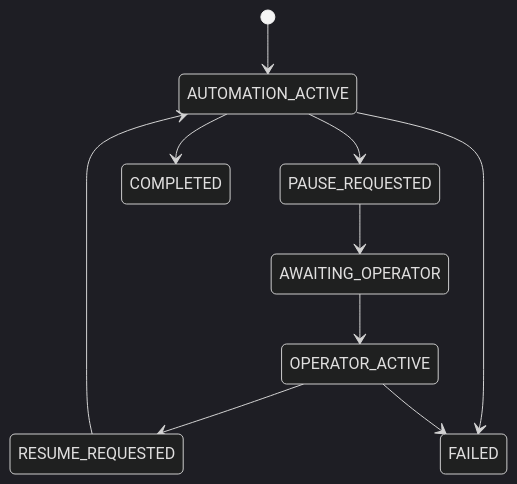
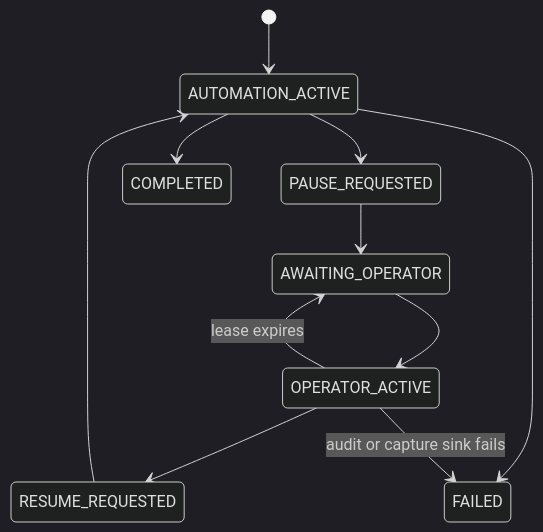
The second of 2 diagrams in docs/ARCHITECTURE.md (codelit-io/handrail-cua), drawn with Mermaid (dark theme) before and after one commit. The commit also changed other lines of this file and 44 other files, not shown here.

````diff
--- a/docs/ARCHITECTURE.md
+++ b/docs/ARCHITECTURE.md
@@ -152,12 +155,13 @@
 ```mermaid
 stateDiagram-v2
   [*] --> AUTOMATION_ACTIVE
   AUTOMATION_ACTIVE --> PAUSE_REQUESTED
   PAUSE_REQUESTED --> AWAITING_OPERATOR
   AWAITING_OPERATOR --> OPERATOR_ACTIVE
   OPERATOR_ACTIVE --> RESUME_REQUESTED
   RESUME_REQUESTED --> AUTOMATION_ACTIVE
   AUTOMATION_ACTIVE --> COMPLETED
   AUTOMATION_ACTIVE --> FAILED
-  OPERATOR_ACTIVE --> FAILED
+  OPERATOR_ACTIVE --> AWAITING_OPERATOR: lease expires
+  OPERATOR_ACTIVE --> FAILED: audit or capture sink fails
 ```
````
